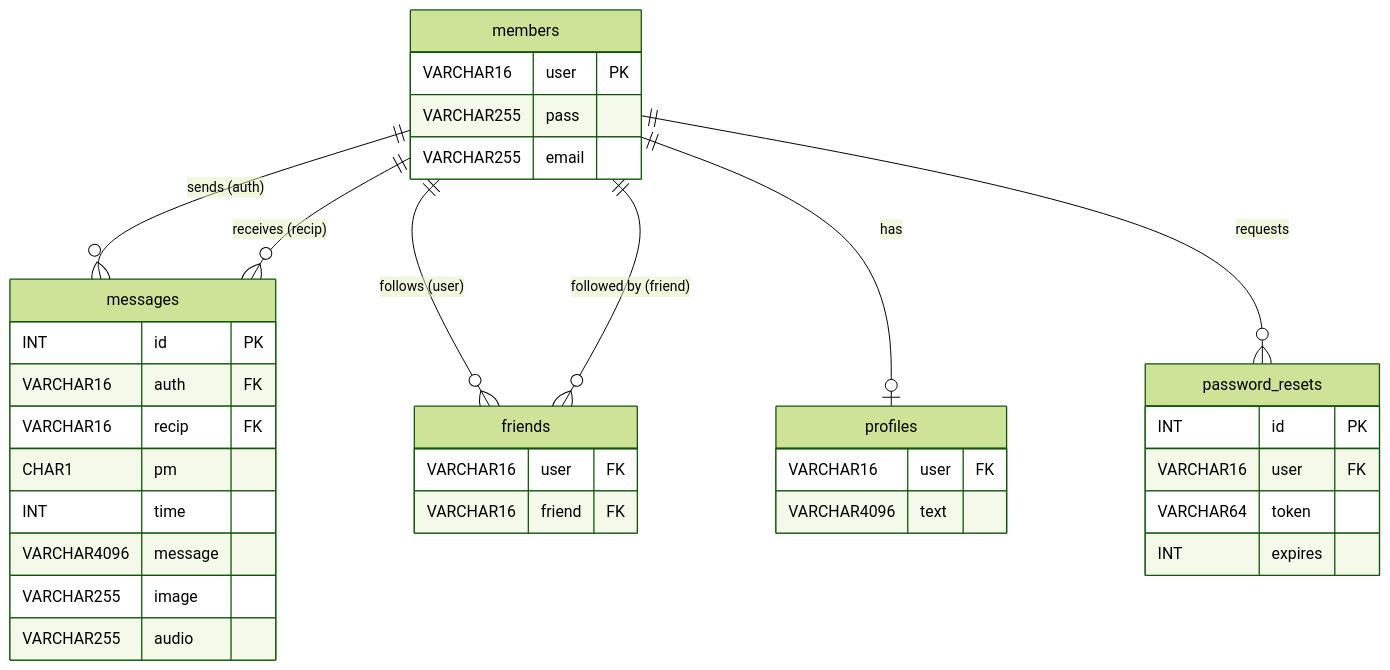
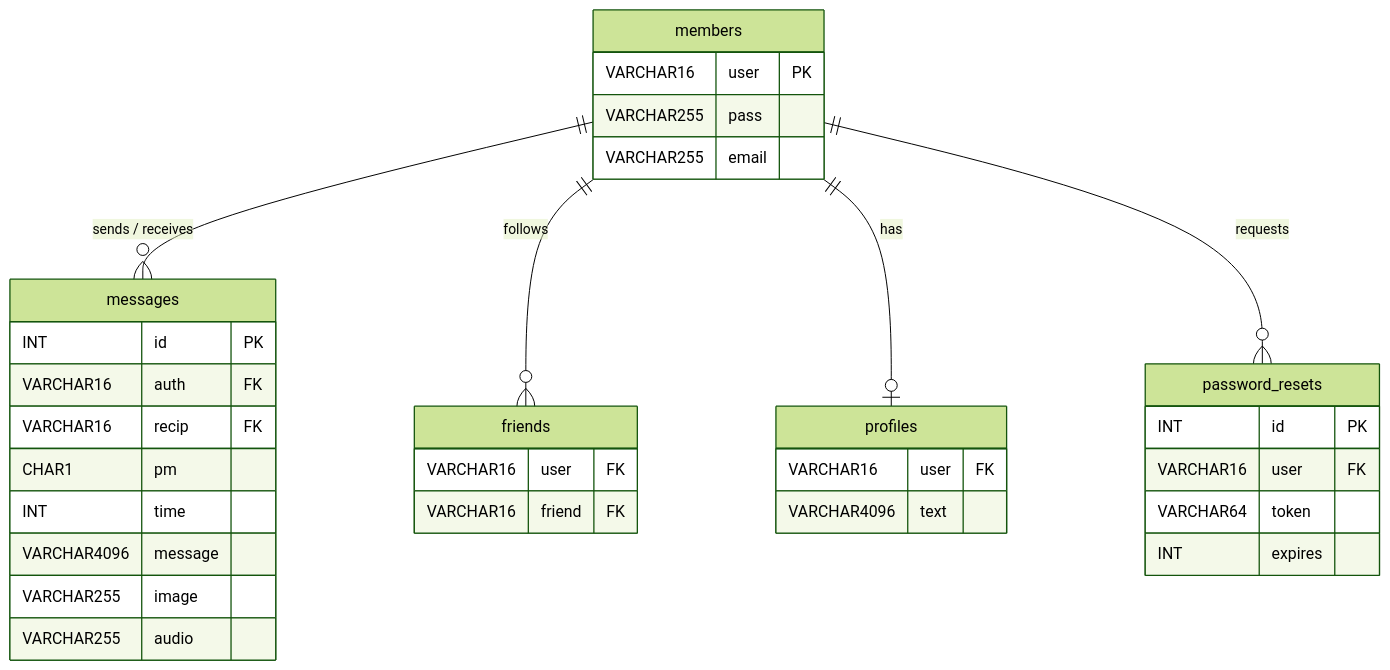
One commit to ShehrozMirza/MessengerChat changed the second of 4 diagrams in README.md. Above: the diagram before and after it, drawn with Mermaid (forest theme). The commit also changed other lines of this file, not shown here.

````diff
--- a/README.md
+++ b/README.md
@@ -297,43 +353,37 @@
 ```mermaid
 erDiagram
     members {
-        VARCHAR16 user PK
+        VARCHAR16  user    PK
         VARCHAR255 pass
         VARCHAR255 email
     }
-
     messages {
-        INT id PK
-        VARCHAR16 auth FK
-        VARCHAR16 recip FK
-        CHAR1 pm
-        INT time
+        INT        id      PK
+        VARCHAR16  auth    FK
+        VARCHAR16  recip   FK
+        CHAR1      pm
+        INT        time
         VARCHAR4096 message
         VARCHAR255 image
         VARCHAR255 audio
     }
-
     friends {
-        VARCHAR16 user FK
-        VARCHAR16 friend FK
+        VARCHAR16  user    FK
+        VARCHAR16  friend  FK
+    }
+    profiles {
+        VARCHAR16   user   FK
+        VARCHAR4096 text
+    }
+    password_resets {
+        INT        id      PK
+        VARCHAR16  user    FK
+        VARCHAR64  token
+        INT        expires
     }
 
-    profiles {
-        VARCHAR16 user FK
-        VARCHAR4096 text
-    }
-
-    password_resets {
-        INT id PK
-        VARCHAR16 user FK
-        VARCHAR64 token
-        INT expires
-    }
-
-    members ||--o{ messages : "sends (auth)"
-    members ||--o{ messages : "receives (recip)"
-    members ||--o{ friends : "follows (user)"
-    members ||--o{ friends : "followed by (friend)"
-    members ||--o| profiles : "has"
-    members ||--o{ password_resets : "requests"
+    members ||--o{ messages       : "sends / receives"
+    members ||--o{ friends        : "follows"
+    members ||--o| profiles       : "has"
+    members ||--o{ password_resets: "requests"
 ```
````
